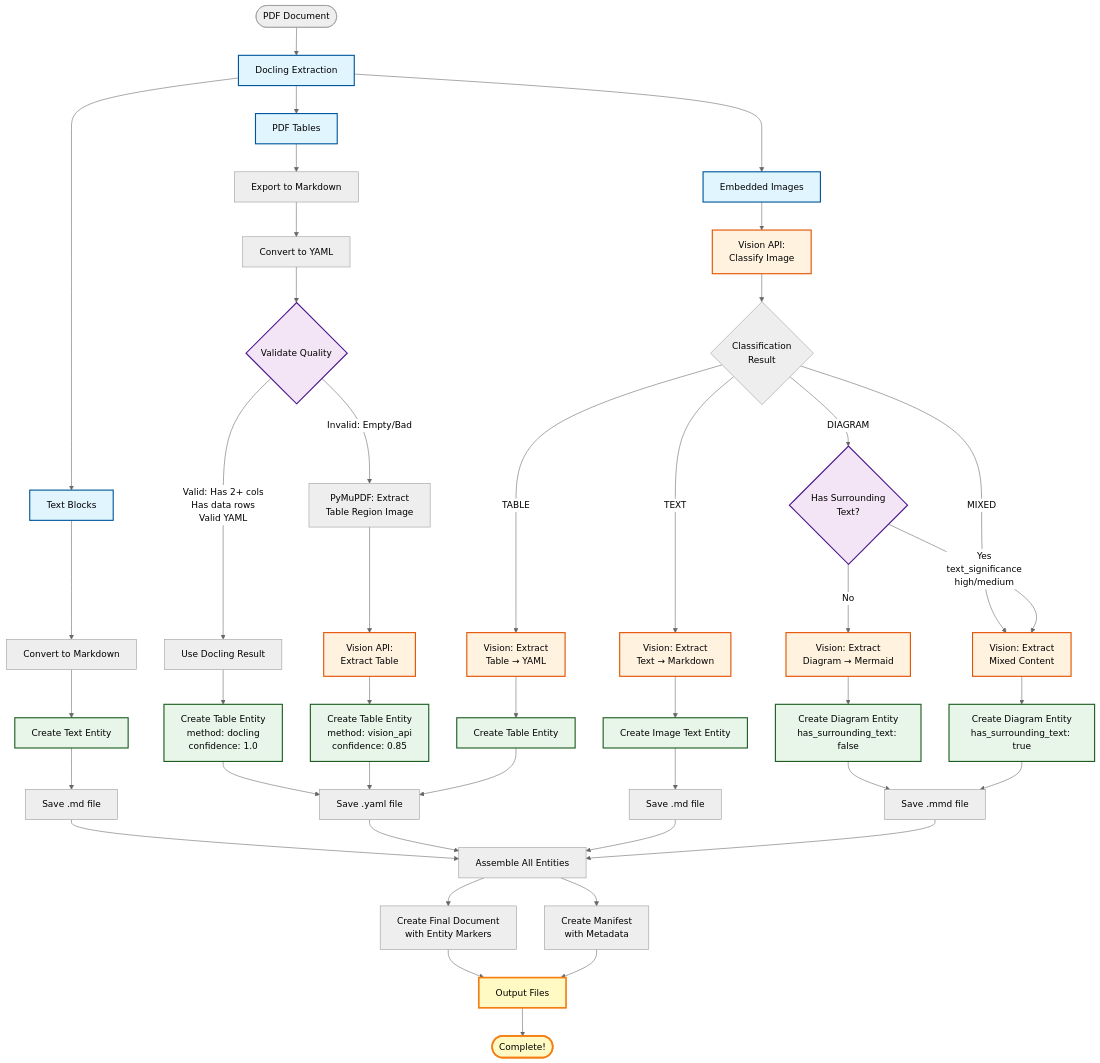
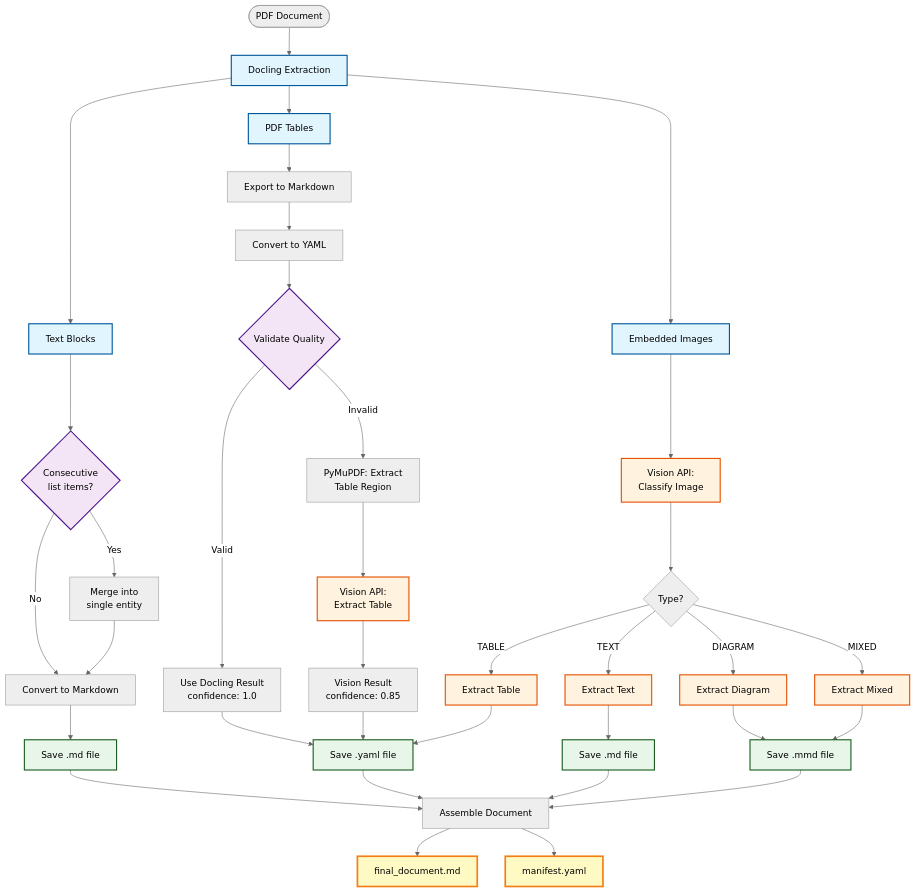
Before and after one commit to wonderful-michelakis/danaos_processing: the second of 6 diagrams in docs/architecture/PIPELINE_DIAGRAM.md, drawn with Mermaid (neutral theme). The commit also changed other lines of this file and 8 other files, not shown here.

````diff
--- a/docs/architecture/PIPELINE_DIAGRAM.md
+++ b/docs/architecture/PIPELINE_DIAGRAM.md
@@ -5,77 +36,63 @@
 ```mermaid
 graph TB
     Start([PDF Document]) --> Docling[Docling Extraction]
 
     Docling --> TextBlock[Text Blocks]
     Docling --> Tables[PDF Tables]
     Docling --> Images[Embedded Images]
 
     %% Text processing path
-    TextBlock --> TextMD[Convert to Markdown]
-    TextMD --> TextEntity[Create Text Entity]
-    TextEntity --> SaveText[Save .md file]
+    TextBlock --> ListCheck{Consecutive<br/>list items?}
+    ListCheck -->|Yes| MergeList[Merge into<br/>single entity]
+    ListCheck -->|No| TextMD[Convert to Markdown]
+    MergeList --> TextMD
+    TextMD --> SaveText[Save .md file]
 
     %% Table processing path with validation
     Tables --> TableMD[Export to Markdown]
     TableMD --> TableYAML[Convert to YAML]
     TableYAML --> Validate{Validate Quality}
 
-    Validate -->|Valid: Has 2+ cols<br/>Has data rows<br/>Valid YAML| UseDocling[Use Docling Result]
-    Validate -->|Invalid: Empty/Bad| ExtractRegion[PyMuPDF: Extract<br/>Table Region Image]
+    Validate -->|Valid| UseDocling[Use Docling Result<br/>confidence: 1.0]
+    Validate -->|Invalid| ExtractRegion[PyMuPDF: Extract<br/>Table Region]
+    ExtractRegion --> VisionTable[Vision API:<br/>Extract Table]
+    VisionTable --> UseVision[Vision Result<br/>confidence: 0.85]
 
-    UseDocling --> TableEntity1[Create Table Entity<br/>method: docling<br/>confidence: 1.0]
-    ExtractRegion --> VisionTable[Vision API:<br/>Extract Table]
-    VisionTable --> TableEntity2[Create Table Entity<br/>method: vision_api<br/>confidence: 0.85]
-
-    TableEntity1 --> SaveYAML[Save .yaml file]
-    TableEntity2 --> SaveYAML
+    UseDocling --> SaveYAML[Save .yaml file]
+    UseVision --> SaveYAML
 
     %% Image processing path
     Images --> Classify[Vision API:<br/>Classify Image]
-    Classify --> ClassResult{Classification<br/>Result}
+    Classify --> ClassResult{Type?}
 
-    ClassResult -->|TEXT| ExtractText[Vision: Extract<br/>Text → Markdown]
-    ClassResult -->|TABLE| ExtractImgTable[Vision: Extract<br/>Table → YAML]
-    ClassResult -->|DIAGRAM| CheckText{Has Surrounding<br/>Text?}
-    ClassResult -->|MIXED| ExtractMixed[Vision: Extract<br/>Mixed Content]
+    ClassResult -->|TEXT| ExtractText[Extract Text]
+    ClassResult -->|TABLE| ExtractImgTable[Extract Table]
+    ClassResult -->|DIAGRAM| ExtractDiagram[Extract Diagram]
+    ClassResult -->|MIXED| ExtractMixed[Extract Mixed]
 
-    CheckText -->|Yes<br/>text_significance<br/>high/medium| ExtractMixed
-    CheckText -->|No| ExtractDiagram[Vision: Extract<br/>Diagram → Mermaid]
+    ExtractText --> SaveImgText[Save .md file]
+    ExtractImgTable --> SaveYAML
+    ExtractDiagram --> SaveMermaid[Save .mmd file]
+    ExtractMixed --> SaveMermaid
 
-    ExtractText --> ImageTextEntity[Create Image Text Entity]
-    ExtractImgTable --> ImageTableEntity[Create Table Entity]
-    ExtractDiagram --> DiagramEntity1[Create Diagram Entity<br/>has_surrounding_text: false]
-    ExtractMixed --> DiagramEntity2[Create Diagram Entity<br/>has_surrounding_text: true]
-
-    ImageTextEntity --> SaveImageText[Save .md file]
-    ImageTableEntity --> SaveYAML
-    DiagramEntity1 --> SaveMermaid[Save .mmd file]
-    DiagramEntity2 --> SaveMermaid
-
-    %% Final assembly
-    SaveText --> Assemble[Assemble All Entities]
+    %% Assembly
+    SaveText --> Assemble[Assemble Document]
     SaveYAML --> Assemble
-    SaveImageText --> Assemble
+    SaveImgText --> Assemble
     SaveMermaid --> Assemble
 
-    Assemble --> FinalDoc[Create Final Document<br/>with Entity Markers]
-    Assemble --> Manifest[Create Manifest<br/>with Metadata]
+    Assemble --> FinalDoc[final_document.md]
+    Assemble --> ManifestFile[manifest.yaml]
 
-    FinalDoc --> Output[Output Files]
-    Manifest --> Output
-
-    Output --> End([Complete!])
-
-    %% Styling
     classDef doclingClass fill:#e1f5ff,stroke:#01579b,stroke-width:2px
     classDef visionClass fill:#fff3e0,stroke:#e65100,stroke-width:2px
     classDef validationClass fill:#f3e5f5,stroke:#4a148c,stroke-width:2px
     classDef entityClass fill:#e8f5e9,stroke:#1b5e20,stroke-width:2px
     classDef outputClass fill:#fff9c4,stroke:#f57f17,stroke-width:3px
 
     class Docling,TextBlock,Tables,Images doclingClass
     class Classify,ExtractText,ExtractImgTable,ExtractDiagram,ExtractMixed,VisionTable visionClass
-    class Validate,CheckText validationClass
-    class TextEntity,TableEntity1,TableEntity2,ImageTextEntity,ImageTableEntity,DiagramEntity1,DiagramEntity2 entityClass
-    class Output,End outputClass
+    class Validate,ListCheck validationClass
+    class SaveText,SaveYAML,SaveImgText,SaveMermaid entityClass
+    class FinalDoc,ManifestFile outputClass
 ```
````
